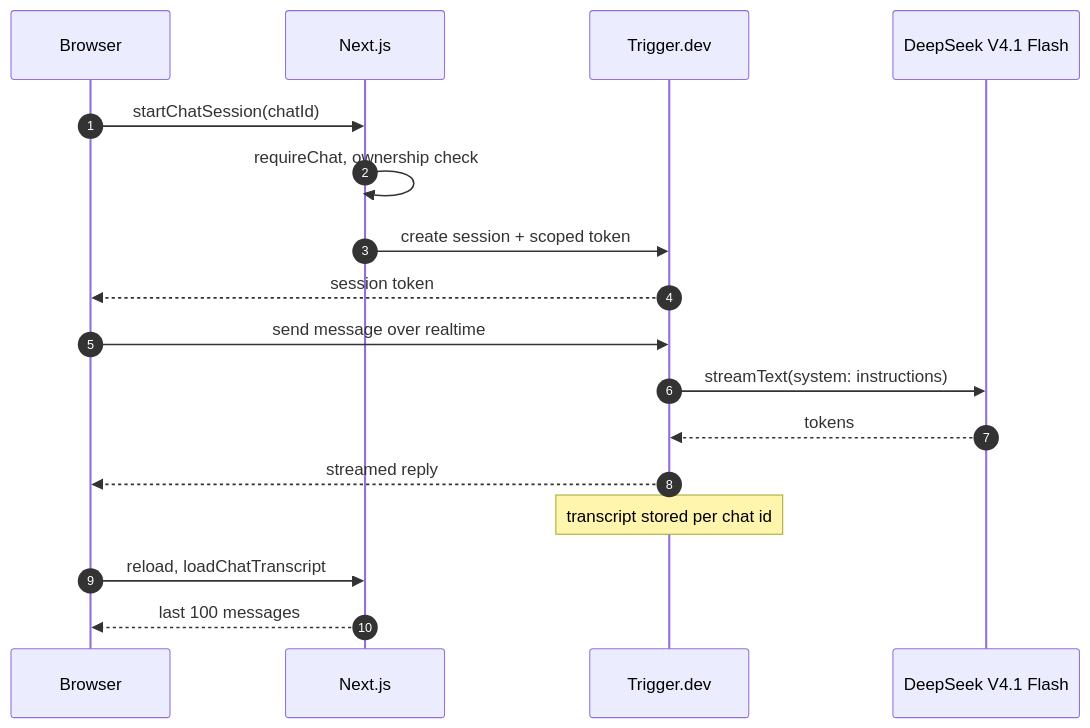
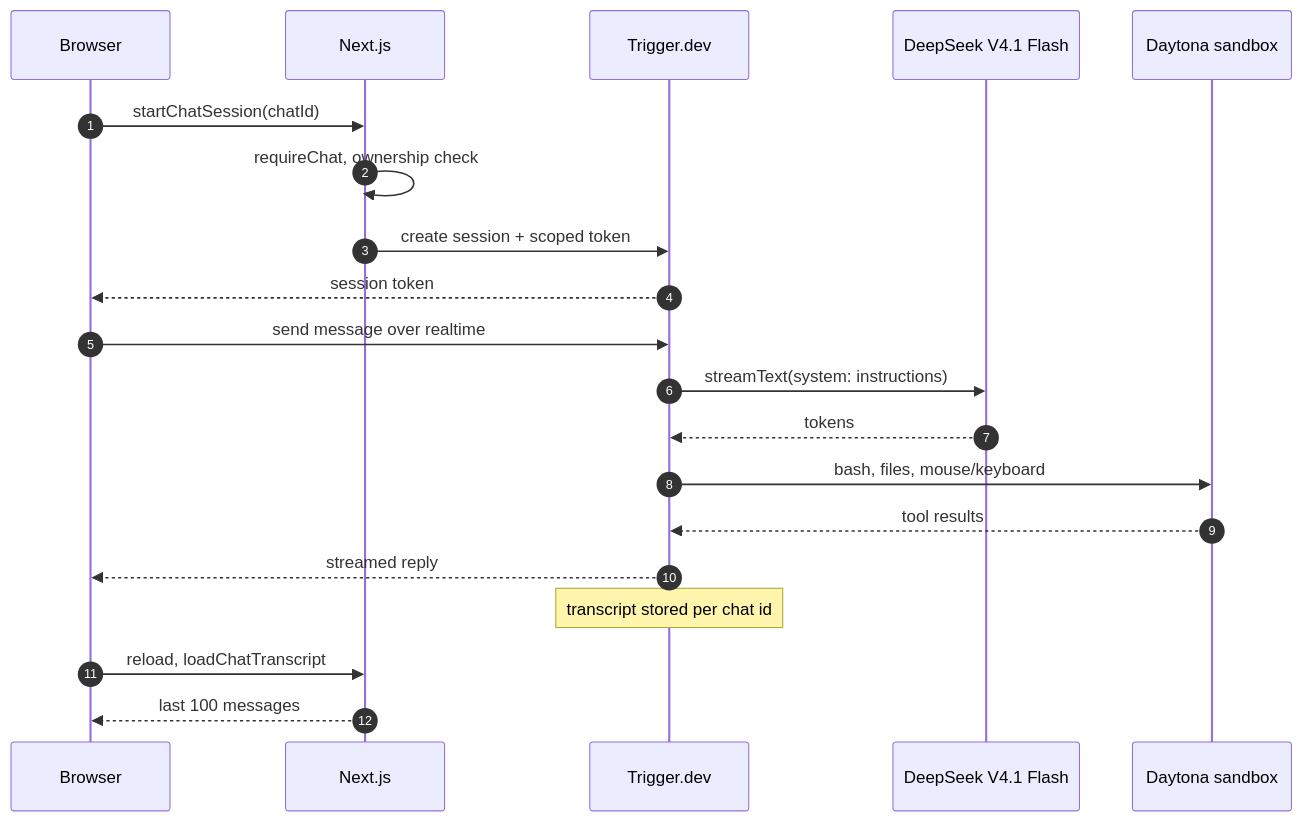
Before and after one commit to 78days/Pandora: the second of 3 diagrams in README.md, drawn with Mermaid. The commit also changed other lines of this file, not shown here.

First line of the commit message:
Update README for group chats, sandbox tools, and the desktop panel

````diff
--- a/README.md
+++ b/README.md
@@ -100,20 +107,23 @@
 ```mermaid
 sequenceDiagram
     autonumber
     participant U as Browser
     participant N as Next.js
     participant T as Trigger.dev
     participant M as DeepSeek V4.1 Flash
+    participant S as Daytona sandbox
 
     U->>N: startChatSession(chatId)
     N->>N: requireChat, ownership check
     N->>T: create session + scoped token
     T-->>U: session token
     U->>T: send message over realtime
     T->>M: streamText(system: instructions)
     M-->>T: tokens
+    T->>S: bash, files, mouse/keyboard
+    S-->>T: tool results
     T-->>U: streamed reply
     Note over T: transcript stored per chat id
     U->>N: reload, loadChatTranscript
     N-->>U: last 100 messages
 ```
````
